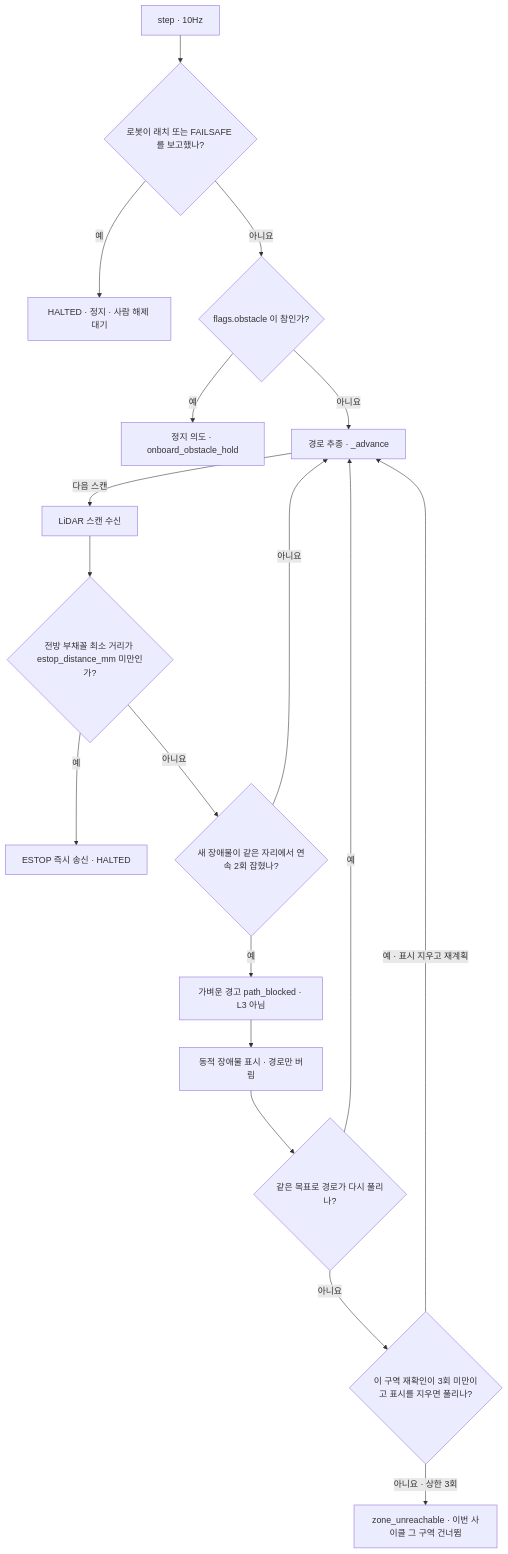
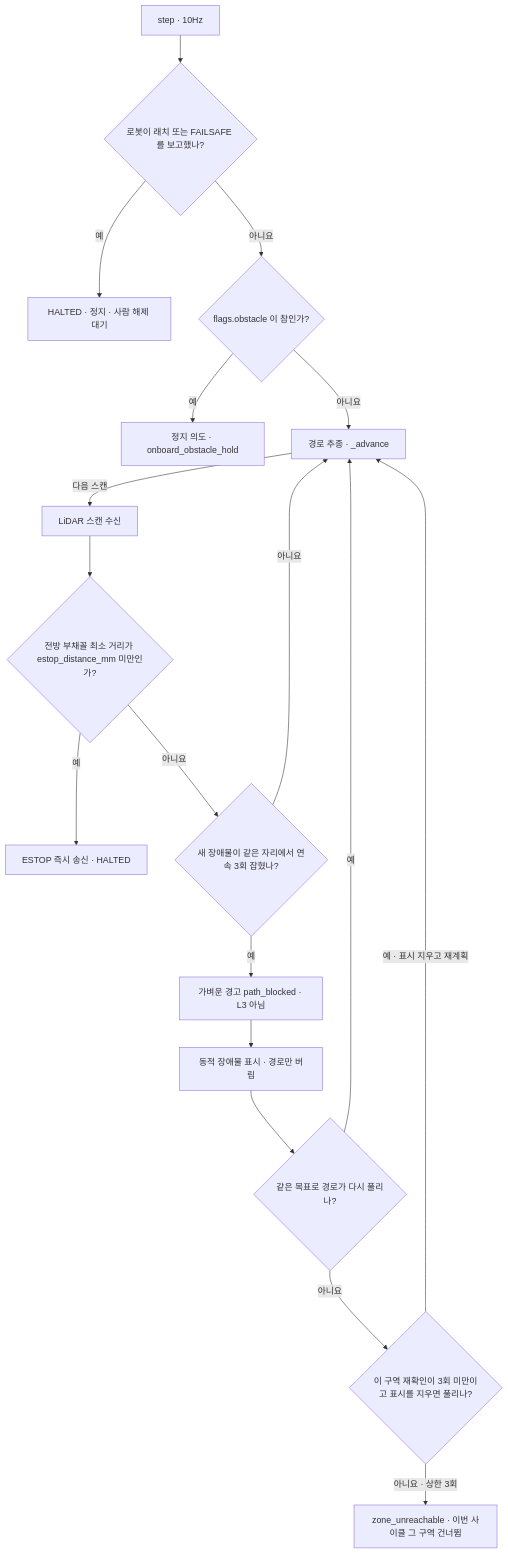
The second of 2 diagrams in docs/features/patrol-obstacle.md (PJW-1/mechadog), drawn with Mermaid before and after one commit. The commit also changed other lines of this file and 5 other files, not shown here.

````diff
--- a/docs/features/patrol-obstacle.md
+++ b/docs/features/patrol-obstacle.md
@@ -34,20 +35,20 @@
 ```mermaid
 flowchart TD
   S0["step · 10Hz"] --> LAT{"로봇이 래치 또는 FAILSAFE 를 보고했나?"}
   LAT -->|예| HALTED["HALTED · 정지 · 사람 해제 대기"]
   LAT -->|아니요| OBA{"flags.obstacle 이 참인가?"}
   OBA -->|예| HOLD["정지 의도 · onboard_obstacle_hold"]
   OBA -->|아니요| ADV["경로 추종 · _advance"]
   ADV -->|다음 스캔| SC["LiDAR 스캔 수신"]
   SC --> EST{"전방 부채꼴 최소 거리가 estop_distance_mm 미만인가?"}
   EST -->|예| ESTOP["ESTOP 즉시 송신 · HALTED"]
-  EST -->|아니요| NEW{"새 장애물이 같은 자리에서 연속 2회 잡혔나?"}
+  EST -->|아니요| NEW{"새 장애물이 같은 자리에서 연속 3회 잡혔나?"}
   NEW -->|아니요| ADV
   NEW -->|예| WARN["가벼운 경고 path_blocked · L3 아님"]
   WARN --> MARK["동적 장애물 표시 · 경로만 버림"]
   MARK --> RP{"같은 목표로 경로가 다시 풀리나?"}
   RP -->|예| ADV
   RP -->|아니요| RV{"이 구역 재확인이 3회 미만이고 표시를 지우면 풀리나?"}
   RV -->|예 · 표시 지우고 재계획| ADV
   RV -->|아니요 · 상한 3회| SKIP["zone_unreachable · 이번 사이클 그 구역 건너뜀"]
 ```
````
